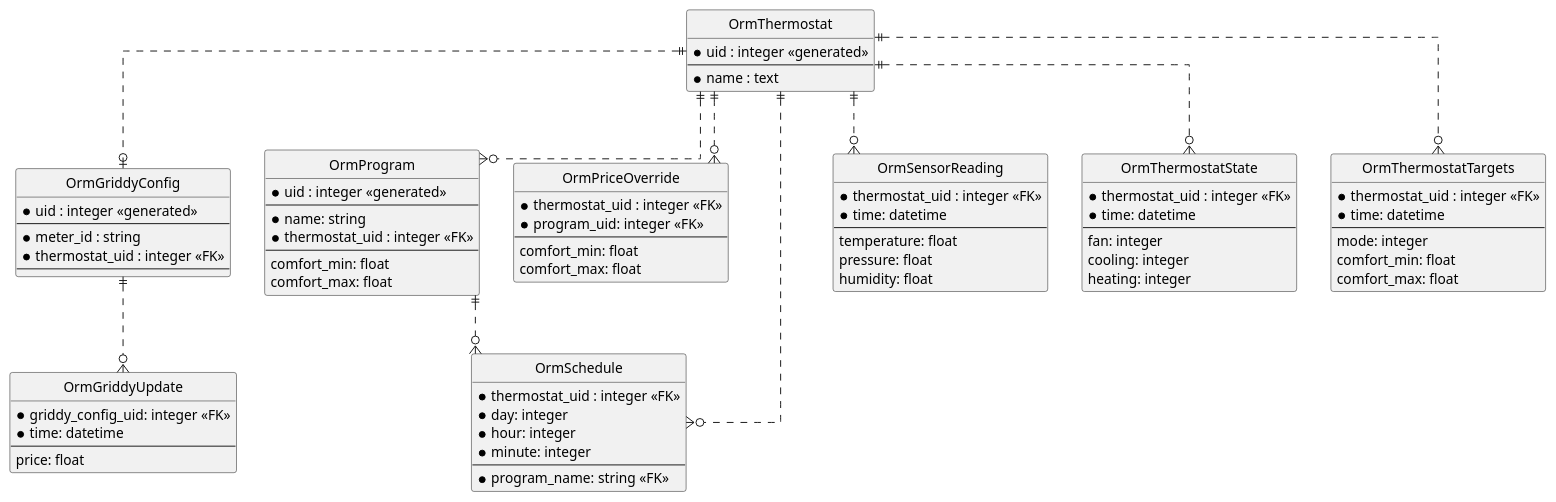
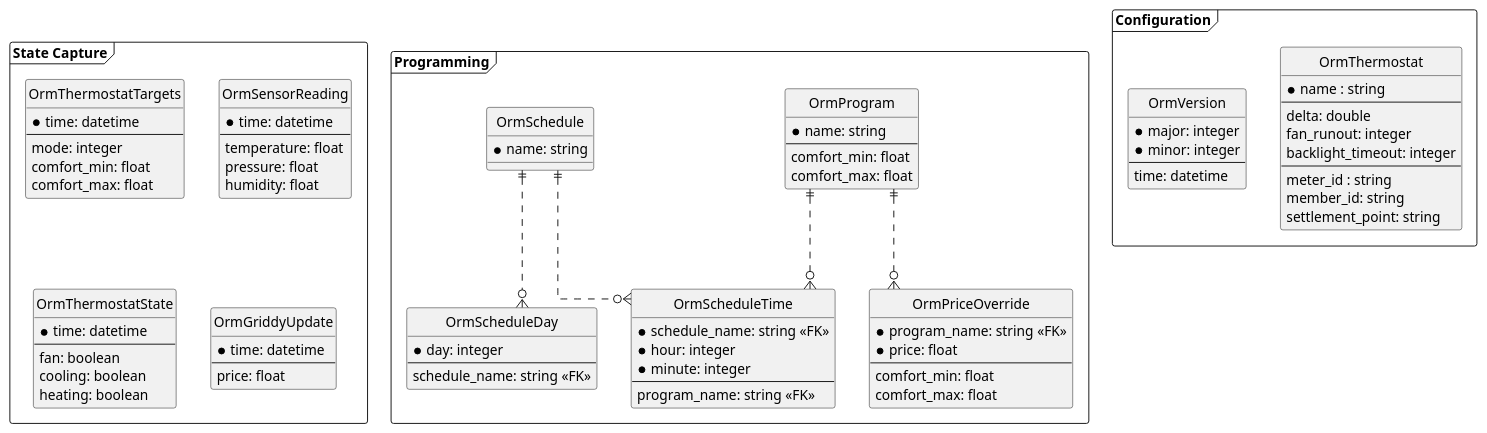
The diagram in docs/diagrams/ObjectRelationalModel.wsd (mbtown01/frosti), drawn with PlantUML before and after one commit. The commit also changed 7 other files, not shown here.

```diff
--- a/docs/diagrams/ObjectRelationalModel.wsd
+++ b/docs/diagrams/ObjectRelationalModel.wsd
@@ -1,96 +1,104 @@
 @startuml ObjectRelationalModel
 
 ' hide the spot
 hide circle
 
 ' avoid problems with angled crows feet
 skinparam linetype ortho
 
-entity "OrmThermostat" as thermostat {
-  *uid : integer <<generated>>
-  --
-  *name : text
+
+frame "Programming" {
+  entity "OrmProgram" as program {
+    *name: string
+    --
+    comfort_min: float
+    comfort_max: float
+  }
+
+  entity "OrmPriceOverride" as price_overrides {
+    *program_name: string <<FK>>
+    *price: float
+    --
+    comfort_min: float
+    comfort_max: float
+  }
+  program ||..o{ price_overrides
+
+  entity "OrmSchedule" as schedule {
+    *name: string
+  }
+
+  entity "OrmScheduleDay" as schedule_day {
+    *day: integer
+    --
+    schedule_name: string <<FK>>
+  }
+  schedule ||..o{ schedule_day
+
+  entity "OrmScheduleTime" as schedule_time {
+    *schedule_name: string <<FK>>
+    *hour: integer
+    *minute: integer
+    --
+    program_name: string <<FK>>
+  }
+  schedule ||..o{ schedule_time
+  program ||..o{ schedule_time
 }
 
-entity "OrmGriddyConfig" as griddyConfig {
-  *uid : integer <<generated>>
-  --
-  *meter_id : string
-  *thermostat_uid : integer <<FK>>
-  --
+frame "State Capture" {
+
+  entity "OrmThermostatTargets" as thermostat_targets {
+    *time: datetime
+    --
+    mode: integer
+    comfort_min: float
+    comfort_max: float
+  }
+
+  entity "OrmSensorReading" as sensor_reading {
+    *time: datetime
+    --
+    temperature: float
+    pressure: float
+    humidity: float
+  }
+
+  entity "OrmThermostatState" as thermostat_state {
+    *time: datetime
+    --
+    fan: boolean
+    cooling: boolean
+    heating: boolean
+  }
+
+  entity "OrmGriddyUpdate" as griddy_update {
+    *time: datetime
+    --
+    price: float
+  }
 }
-thermostat ||..o| griddyConfig
 
-entity "OrmGriddyUpdate" as griddyUpdate {
-  *griddy_config_uid: integer <<FK>>
-  *time: datetime
-  --
-  price: float
+frame "Configuration" {
+
+  entity "OrmThermostat" as thermostat {
+    *name : string
+    --
+    delta: double
+    fan_runout: integer
+    backlight_timeout: integer
+    --
+    meter_id : string
+    member_id: string
+    settlement_point: string
+  }
+
+  entity "OrmVersion" as version_info {
+    *major: integer
+    *minor: integer
+    --
+    time: datetime
+  }
 }
-griddyConfig ||..o{ griddyUpdate
-
-entity "OrmProgram" as program {
-  *uid : integer <<generated>>
-  --
-  *name: string
-  *thermostat_uid : integer <<FK>>
-  --
-  comfort_min: float
-  comfort_max: float
-}
-thermostat ||..o{ program
-
-entity "OrmPriceOverride" as priceOverrides {
-  *thermostat_uid : integer <<FK>>
-  *program_uid: integer <<FK>>
-  --
-  comfort_min: float
-  comfort_max: float
-}
-thermostat ||..o{ priceOverrides
-
-entity "OrmSchedule" as schedule {
-  *thermostat_uid : integer <<FK>>
-  *day: integer
-  *hour: integer
-  *minute: integer
-  --
-  *program_name: string <<FK>>
-}
-thermostat ||..o{ schedule
-program ||..o{ schedule
-
-
-entity "OrmSensorReading" as sensorReading {
-  *thermostat_uid : integer <<FK>>
-  *time: datetime
-  --
-  temperature: float
-  pressure: float
-  humidity: float
-}
-thermostat ||..o{ sensorReading
-
-entity "OrmThermostatState" as thermostatState {
-  *thermostat_uid : integer <<FK>>
-  *time: datetime
-  --
-  fan: integer
-  cooling: integer
-  heating: integer
-}
-thermostat ||..o{ thermostatState
-
-
-entity "OrmThermostatTargets" as thermostatTargets {
-  *thermostat_uid : integer <<FK>>
-  *time: datetime
-  --
-  mode: integer
-  comfort_min: float
-  comfort_max: float
-}
-thermostat ||..o{ thermostatTargets
-
 
 @enduml
```
